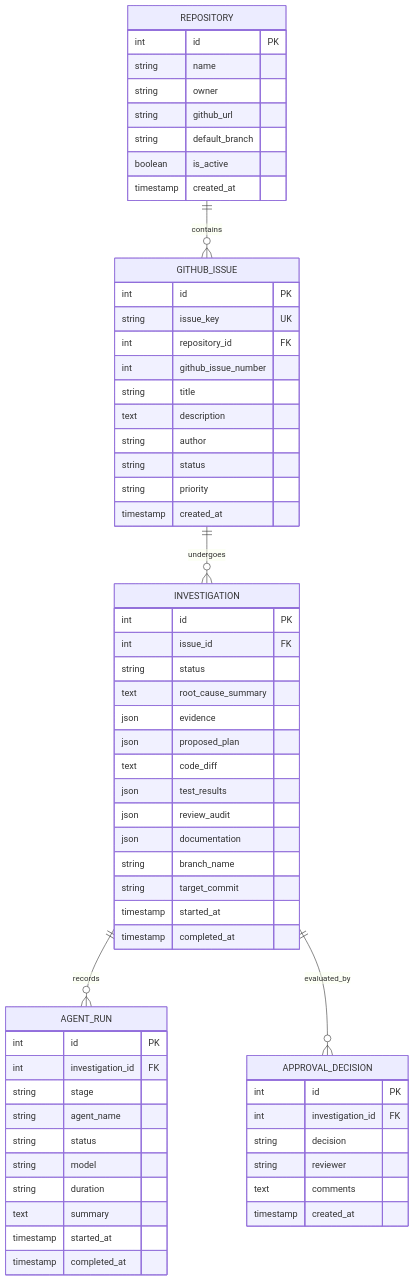
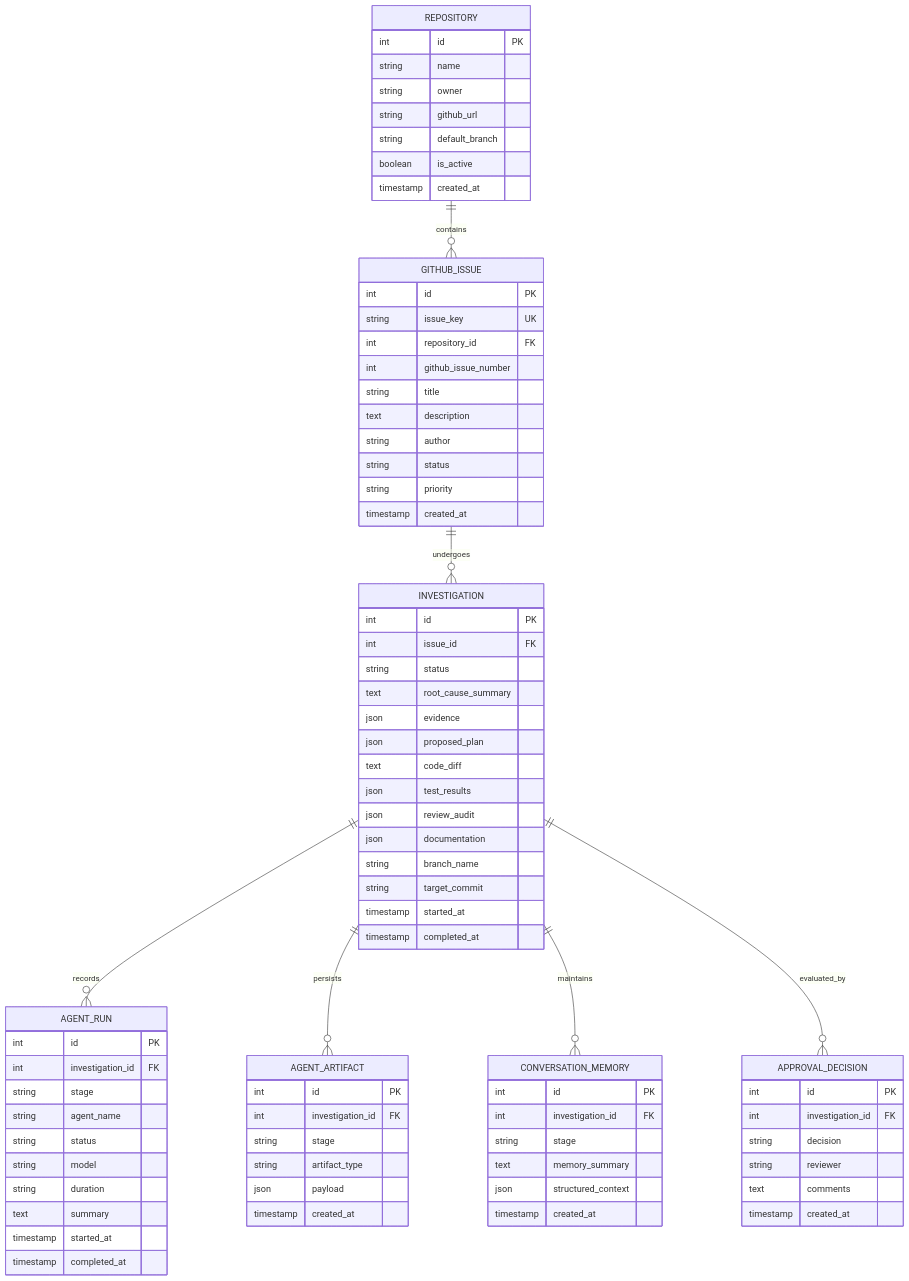
One commit to ynsh-ai/BugBunny changed the third of 3 diagrams in docs/architecture.md. Above: the diagram before and after it, drawn with Mermaid. The commit also changed other lines of this file and 38 other files, not shown here.

```diff
--- a/docs/architecture.md
+++ b/docs/architecture.md
@@ -139,6 +178,8 @@
     REPOSITORY ||--o{ GITHUB_ISSUE : contains
     GITHUB_ISSUE ||--o{ INVESTIGATION : undergoes
     INVESTIGATION ||--o{ AGENT_RUN : records
+    INVESTIGATION ||--o{ AGENT_ARTIFACT : persists
+    INVESTIGATION ||--o{ CONVERSATION_MEMORY : maintains
     INVESTIGATION ||--o{ APPROVAL_DECISION : evaluated_by
 
     REPOSITORY {
@@ -194,6 +235,24 @@
         timestamp completed_at
     }
 
+    AGENT_ARTIFACT {
+        int id PK
+        int investigation_id FK
+        string stage
+        string artifact_type
+        json payload
+        timestamp created_at
+    }
+
+    CONVERSATION_MEMORY {
+        int id PK
+        int investigation_id FK
+        string stage
+        text memory_summary
+        json structured_context
+        timestamp created_at
+    }
+
     APPROVAL_DECISION {
         int id PK
         int investigation_id FK
```
